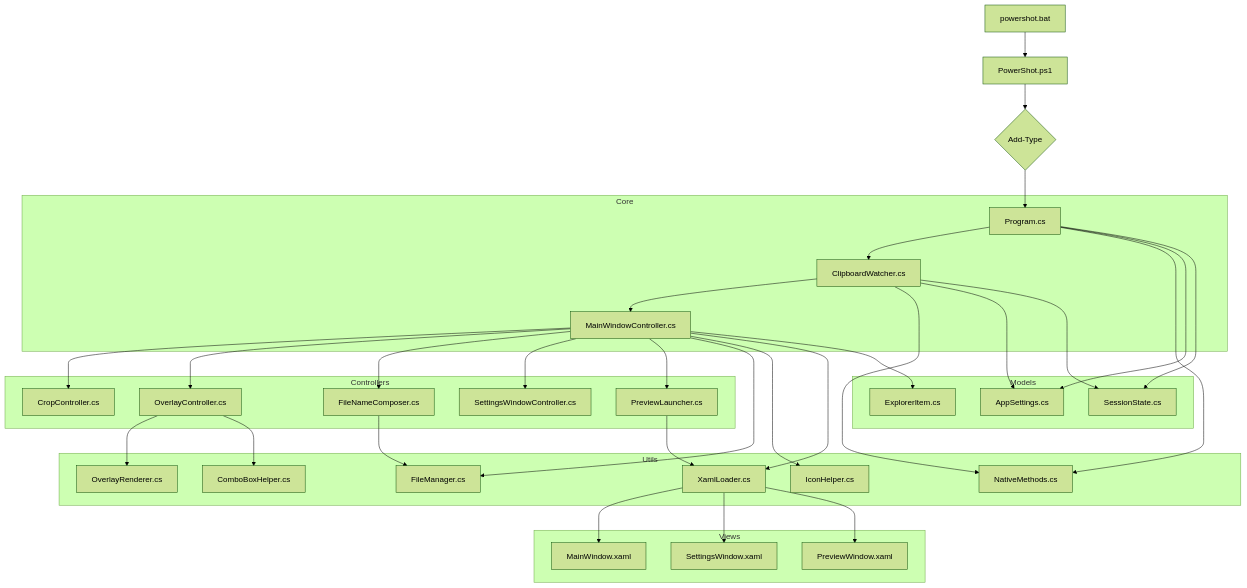
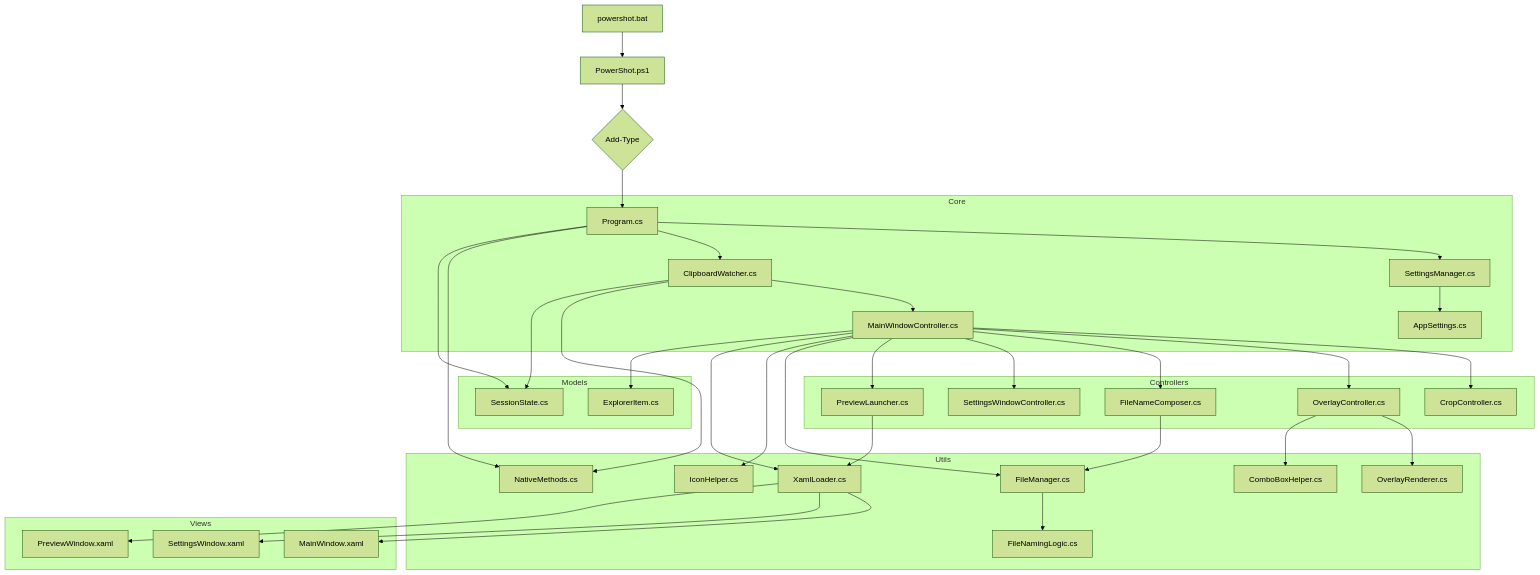
The diagram in docs/DEPENDENCIES.md (rew552/PowerShot), drawn with Mermaid (forest theme) before and after one commit. The commit also changed other lines of this file and 6 other files, not shown here.

````diff
--- a/docs/DEPENDENCIES.md
+++ b/docs/DEPENDENCIES.md
@@ -7,45 +7,46 @@
 ```mermaid
 graph TD
     Bat[powershot.bat] --> PS1[PowerShot.ps1]
     PS1 --> Compile{Add-Type}
     Compile --> Program[Program.cs]
 
     subgraph Core
+        Program --> SettingsMgr[SettingsManager.cs]
+        SettingsMgr --> Settings[AppSettings.cs]
         Program --> Watcher[ClipboardWatcher.cs]
         Watcher --> MainCtrl[MainWindowController.cs]
     end
 
     subgraph Controllers
         MainCtrl --> CropCtrl[CropController.cs]
         MainCtrl --> OverlayCtrl[OverlayController.cs]
         MainCtrl --> NameCtrl[FileNameComposer.cs]
         MainCtrl --> SettingsCtrl[SettingsWindowController.cs]
         MainCtrl --> PrevLaunch[PreviewLauncher.cs]
     end
 
     subgraph Utils
         Program --> Native[NativeMethods.cs]
         Watcher --> Native
         MainCtrl --> FM[FileManager.cs]
+        FM --> FNL[FileNamingLogic.cs]
         MainCtrl --> Icon[IconHelper.cs]
         MainCtrl --> Xaml[XamlLoader.cs]
         NameCtrl --> FM
         OverlayCtrl --> Renderer[OverlayRenderer.cs]
         OverlayCtrl --> ComboHelper[ComboBoxHelper.cs]
         PrevLaunch --> Xaml
     end
 
     subgraph Models
-        Program --> Settings[AppSettings.cs]
         Program --> Session[SessionState.cs]
-        Watcher --> Settings
         Watcher --> Session
         MainCtrl --> ExplItem[ExplorerItem.cs]
     end
 
     subgraph Views
         Xaml --> XamlFile[MainWindow.xaml]
         Xaml --> SettingsXaml[SettingsWindow.xaml]
         Xaml --> PrevXaml[PreviewWindow.xaml]
     end
 ```
````
